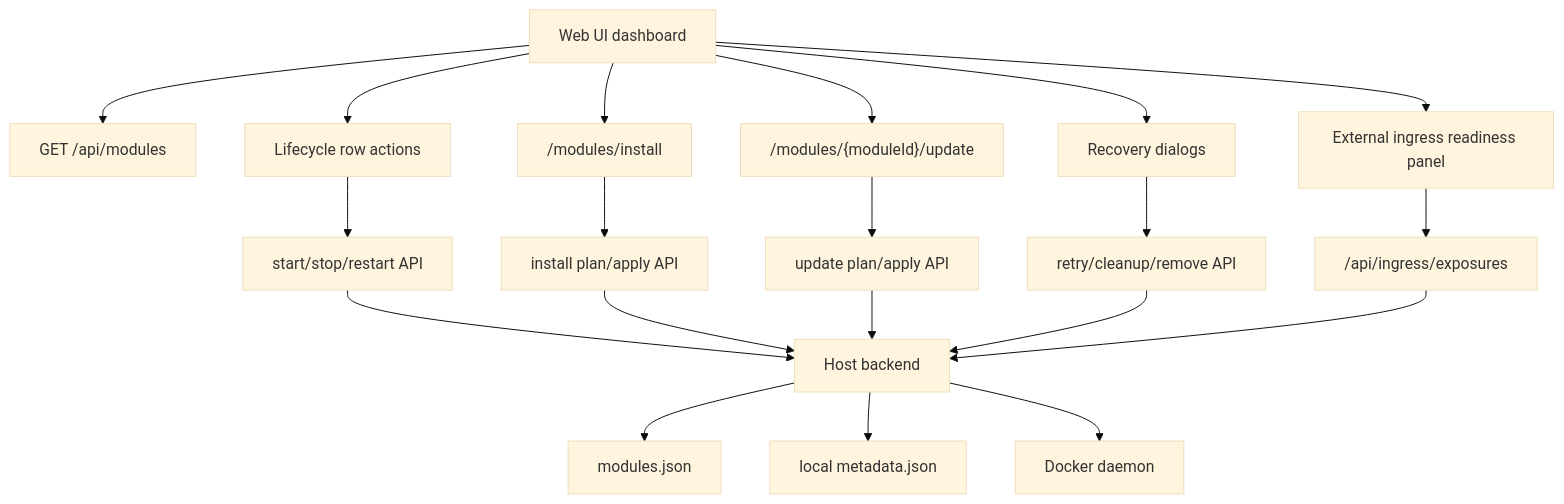
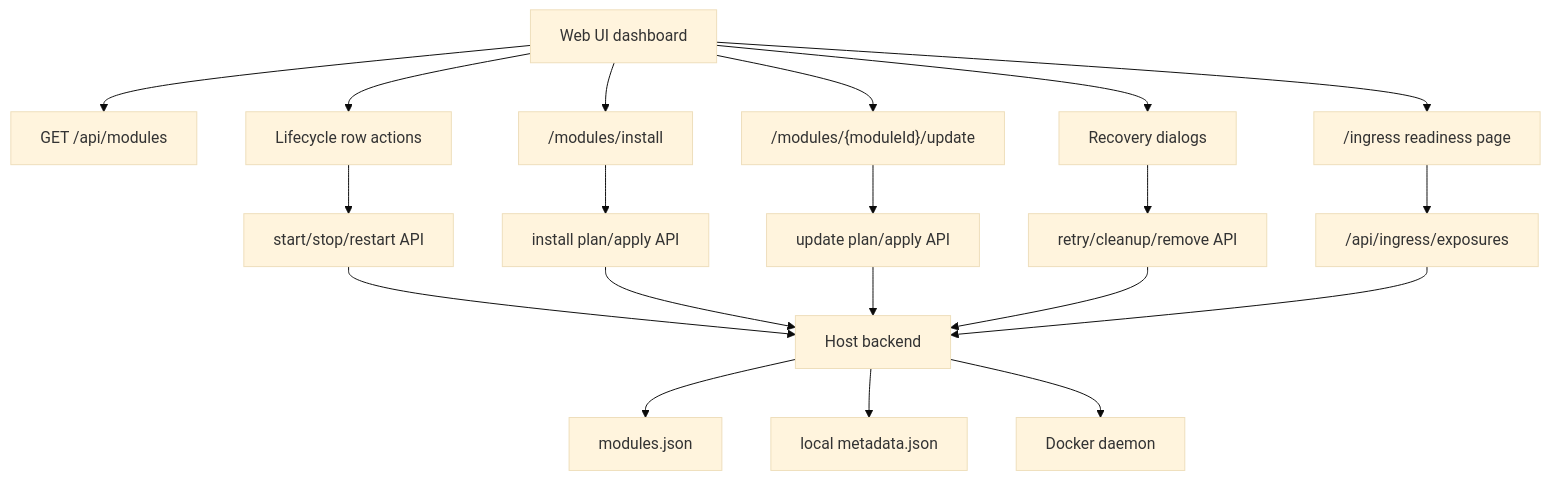
Before and after one commit to alex-de-haas/docker-host: the diagram in docs/features/web-ui-dashboard.md, drawn with Mermaid (base theme). The commit also changed other lines of this file and 15 other files, not shown here.

````diff
--- a/docs/features/web-ui-dashboard.md
+++ b/docs/features/web-ui-dashboard.md
@@ -25,22 +25,22 @@
 ```mermaid
 flowchart TD
   A["Web UI dashboard"] --> B["GET /api/modules"]
   A --> C["Lifecycle row actions"]
   A --> D["/modules/install"]
   A --> E["/modules/{moduleId}/update"]
   A --> F["Recovery dialogs"]
-  A --> Q["External ingress readiness panel"]
+  A --> Q["/ingress readiness page"]
   C --> G["start/stop/restart API"]
   D --> H["install plan/apply API"]
   E --> I["update plan/apply API"]
   F --> J["retry/cleanup/remove API"]
   Q --> R["/api/ingress/exposures"]
   G --> K["Host backend"]
   H --> K
   I --> K
   J --> K
   R --> K
   K --> L["modules.json"]
   K --> M["local metadata.json"]
   K --> N["Docker daemon"]
 ```
````
